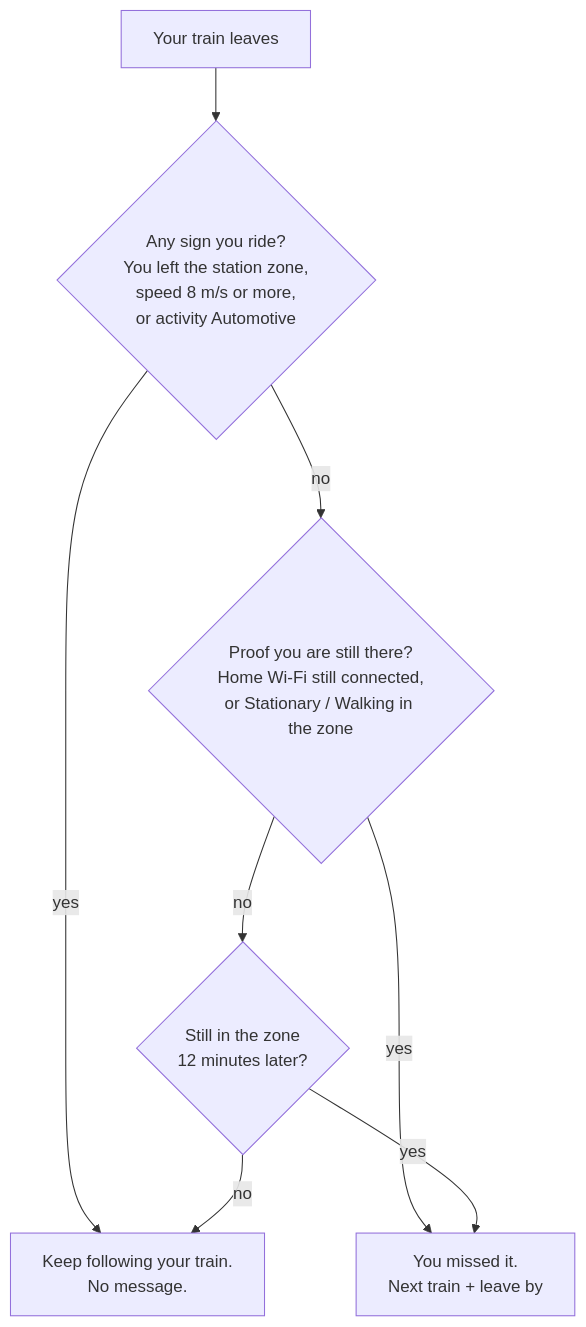
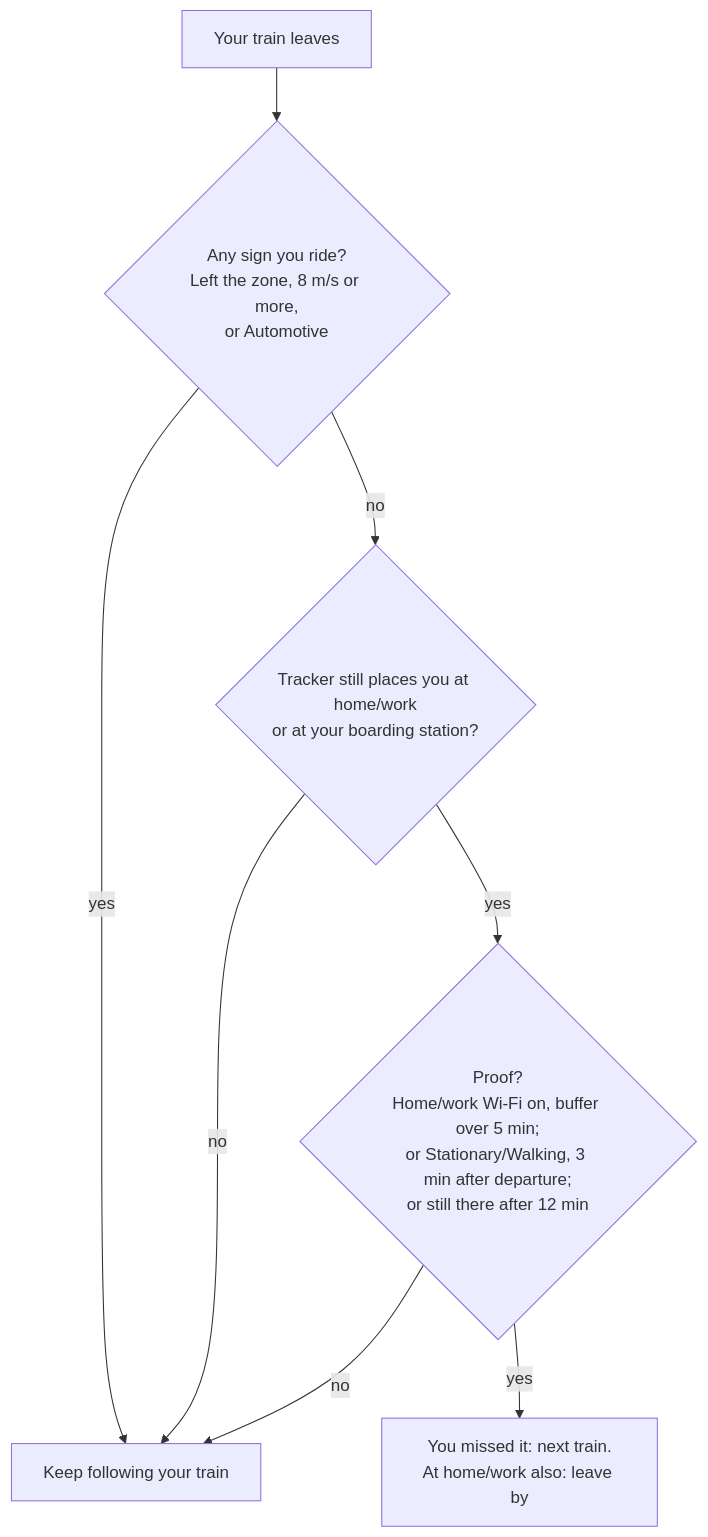
Before and after one commit to rhnfzl/train-commute-companion: the diagram in README.md, drawn with Mermaid. The commit also changed other lines of this file and 1 other file, not shown here.

Commit message:
Make the missed-train diagram and phone steps match the code

````diff
--- a/README.md
+++ b/README.md
@@ -70,10 +70,10 @@
 ```mermaid
 flowchart TD
-    A[Your train leaves] --> B{"Any sign you ride?<br/>You left the station zone,<br/>speed 8 m/s or more,<br/>or activity Automotive"}
-    B -- yes --> C[Keep following your train.<br/>No message.]
-    B -- no --> D{"Proof you are still there?<br/>Home Wi-Fi still connected,<br/>or Stationary / Walking in the zone"}
-    D -- yes --> E["You missed it.<br/>Next train + leave by"]
-    D -- no --> F{"Still in the zone<br/>12 minutes later?"}
-    F -- yes --> E
-    F -- no --> C
+    A["Your train leaves"] --> B{"Any sign you ride?<br/>Left the zone, 8 m/s or more,<br/>or Automotive"}
+    B -- yes --> C["Keep following your train"]
+    B -- no --> D{"Tracker still places you at home/work<br/>or at your boarding station?"}
+    D -- no --> C
+    D -- yes --> E{"Proof?<br/>Home/work Wi-Fi on, buffer over 5 min;<br/>or Stationary/Walking, 3 min after departure;<br/>or still there after 12 min"}
+    E -- no --> C
+    E -- yes --> F["You missed it: next train.<br/>At home/work also: leave by"]
 ```
````
